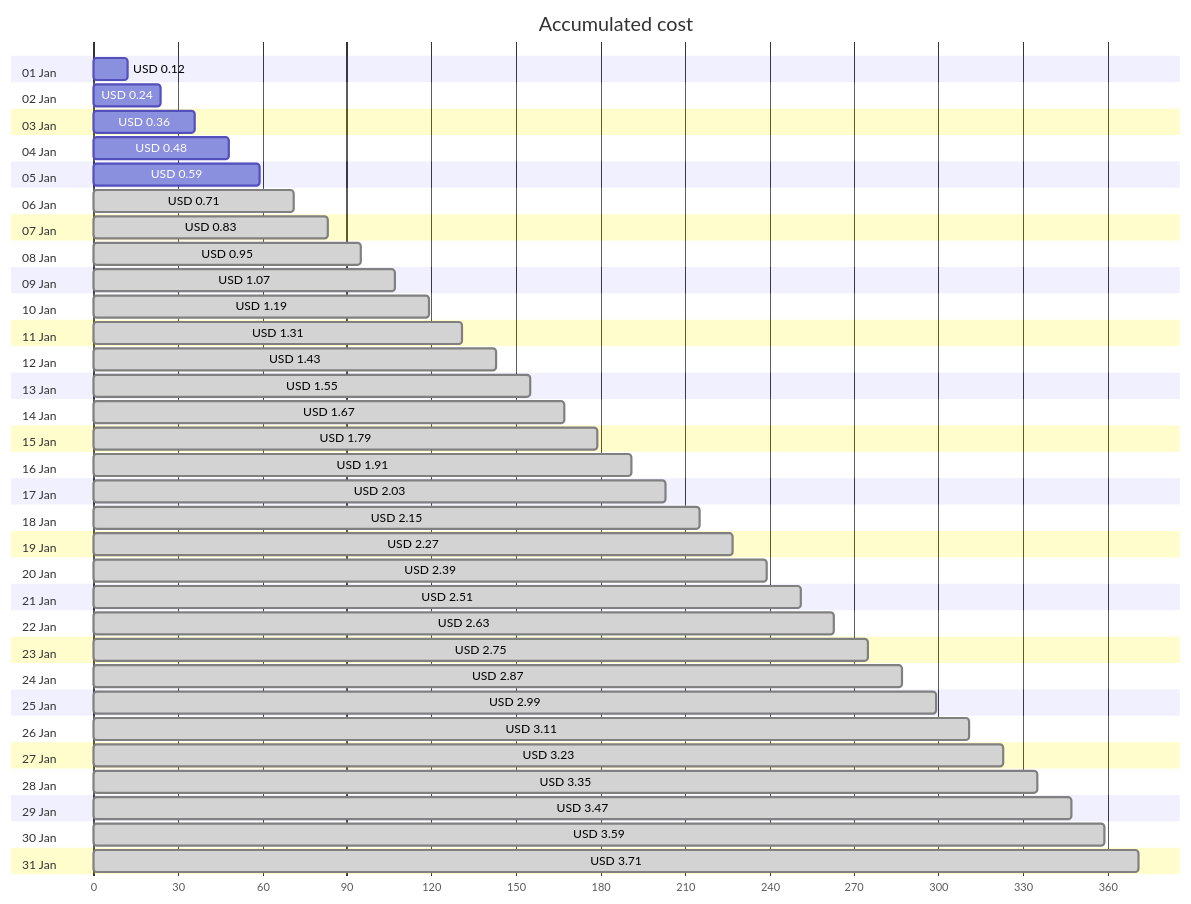
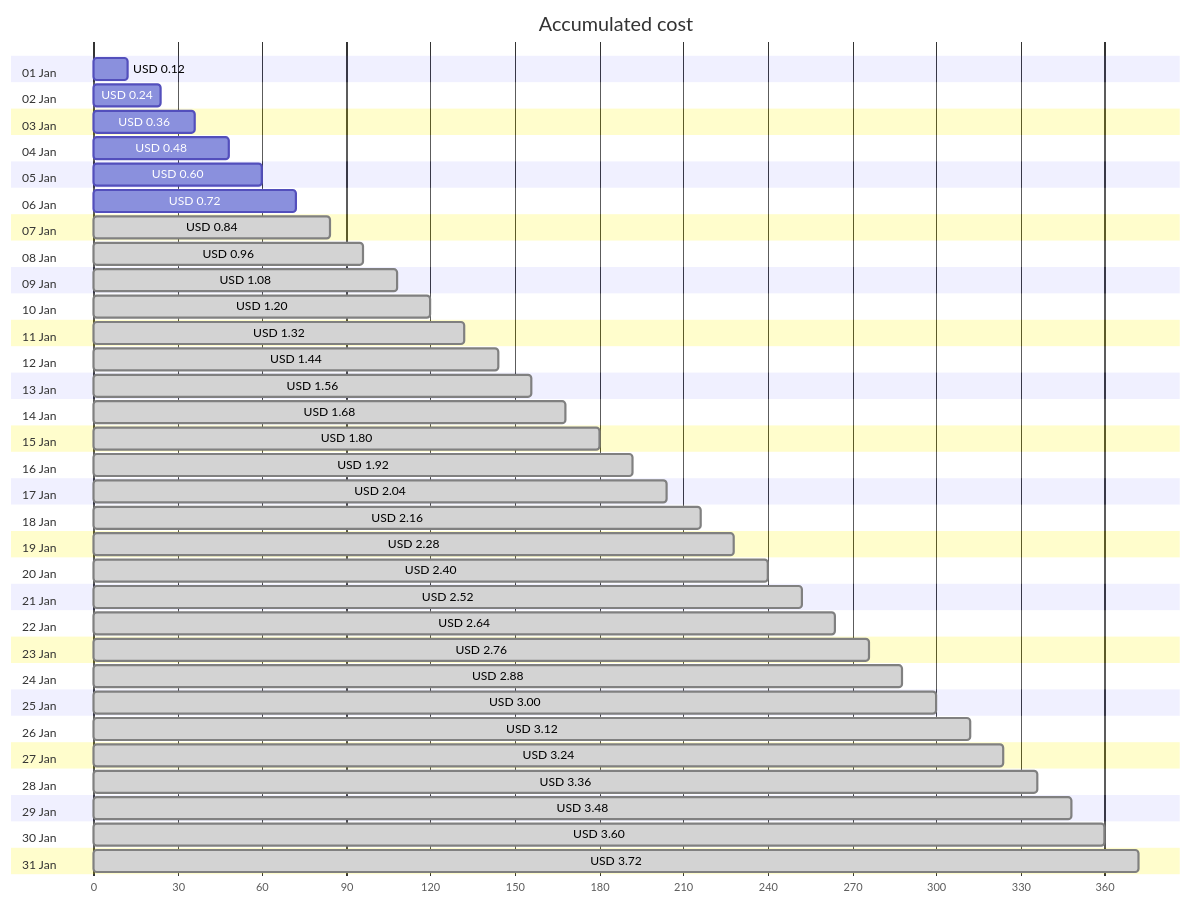
One commit to jpfulton/azure-personal-reports changed the first of 4 diagrams in cost-reports/personal-network/backup-server-public-ip.md. Above: the diagram before and after it, drawn with Mermaid. The commit also changed other lines of this file and 8 other files, not shown here.

````diff
--- a/cost-reports/personal-network/backup-server-public-ip.md
+++ b/cost-reports/personal-network/backup-server-public-ip.md
@@ -20,68 +20,68 @@
 ```mermaid
 gantt
    title Accumulated cost
    dateFormat  X
    axisFormat %s
    section 01 Jan
    USD 0.12 :0, 12
    section 02 Jan
    USD 0.24 :0, 24
    section 03 Jan
    USD 0.36 :0, 36
    section 04 Jan
    USD 0.48 :0, 48
    section 05 Jan
-   USD 0.59 :0, 59
+   USD 0.60 :0, 60
    section 06 Jan
-   USD 0.71 : done, 0, 71
+   USD 0.72 :0, 72
    section 07 Jan
-   USD 0.83 : done, 0, 83
+   USD 0.84 : done, 0, 84
    section 08 Jan
-   USD 0.95 : done, 0, 95
+   USD 0.96 : done, 0, 96
    section 09 Jan
-   USD 1.07 : done, 0, 107
+   USD 1.08 : done, 0, 108
    section 10 Jan
-   USD 1.19 : done, 0, 119
+   USD 1.20 : done, 0, 120
    section 11 Jan
-   USD 1.31 : done, 0, 131
+   USD 1.32 : done, 0, 132
    section 12 Jan
-   USD 1.43 : done, 0, 143
+   USD 1.44 : done, 0, 144
    section 13 Jan
-   USD 1.55 : done, 0, 155
+   USD 1.56 : done, 0, 156
    section 14 Jan
-   USD 1.67 : done, 0, 167
+   USD 1.68 : done, 0, 168
    section 15 Jan
-   USD 1.79 : done, 0, 179
+   USD 1.80 : done, 0, 180
    section 16 Jan
-   USD 1.91 : done, 0, 191
+   USD 1.92 : done, 0, 192
    section 17 Jan
-   USD 2.03 : done, 0, 203
+   USD 2.04 : done, 0, 204
    section 18 Jan
-   USD 2.15 : done, 0, 215
+   USD 2.16 : done, 0, 216
    section 19 Jan
-   USD 2.27 : done, 0, 227
+   USD 2.28 : done, 0, 228
    section 20 Jan
-   USD 2.39 : done, 0, 239
+   USD 2.40 : done, 0, 240
    section 21 Jan
-   USD 2.51 : done, 0, 251
+   USD 2.52 : done, 0, 252
    section 22 Jan
-   USD 2.63 : done, 0, 263
+   USD 2.64 : done, 0, 264
    section 23 Jan
-   USD 2.75 : done, 0, 275
+   USD 2.76 : done, 0, 276
    section 24 Jan
-   USD 2.87 : done, 0, 287
+   USD 2.88 : done, 0, 288
    section 25 Jan
-   USD 2.99 : done, 0, 299
+   USD 3.00 : done, 0, 300
    section 26 Jan
-   USD 3.11 : done, 0, 311
+   USD 3.12 : done, 0, 312
    section 27 Jan
-   USD 3.23 : done, 0, 323
+   USD 3.24 : done, 0, 324
    section 28 Jan
-   USD 3.35 : done, 0, 335
+   USD 3.36 : done, 0, 336
    section 29 Jan
-   USD 3.47 : done, 0, 347
+   USD 3.48 : done, 0, 348
    section 30 Jan
-   USD 3.59 : done, 0, 359
+   USD 3.60 : done, 0, 360
    section 31 Jan
-   USD 3.71 : done, 0, 371
+   USD 3.72 : done, 0, 372
 ```
````
